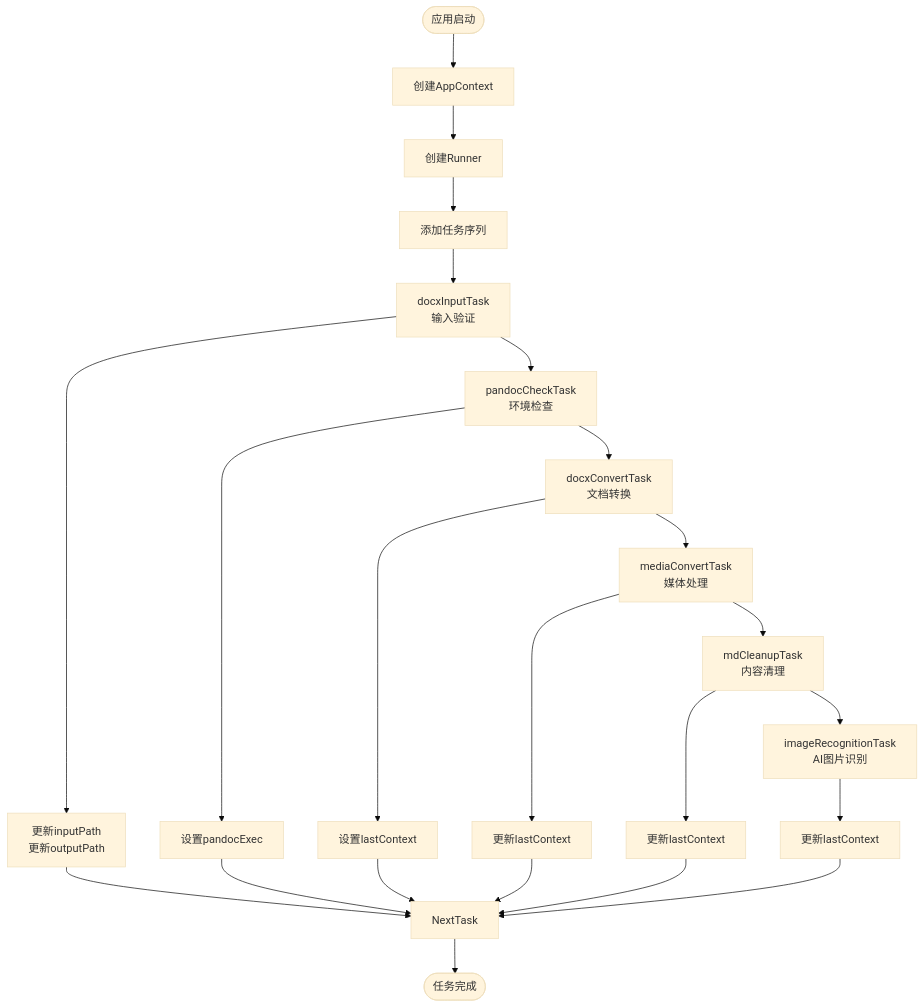
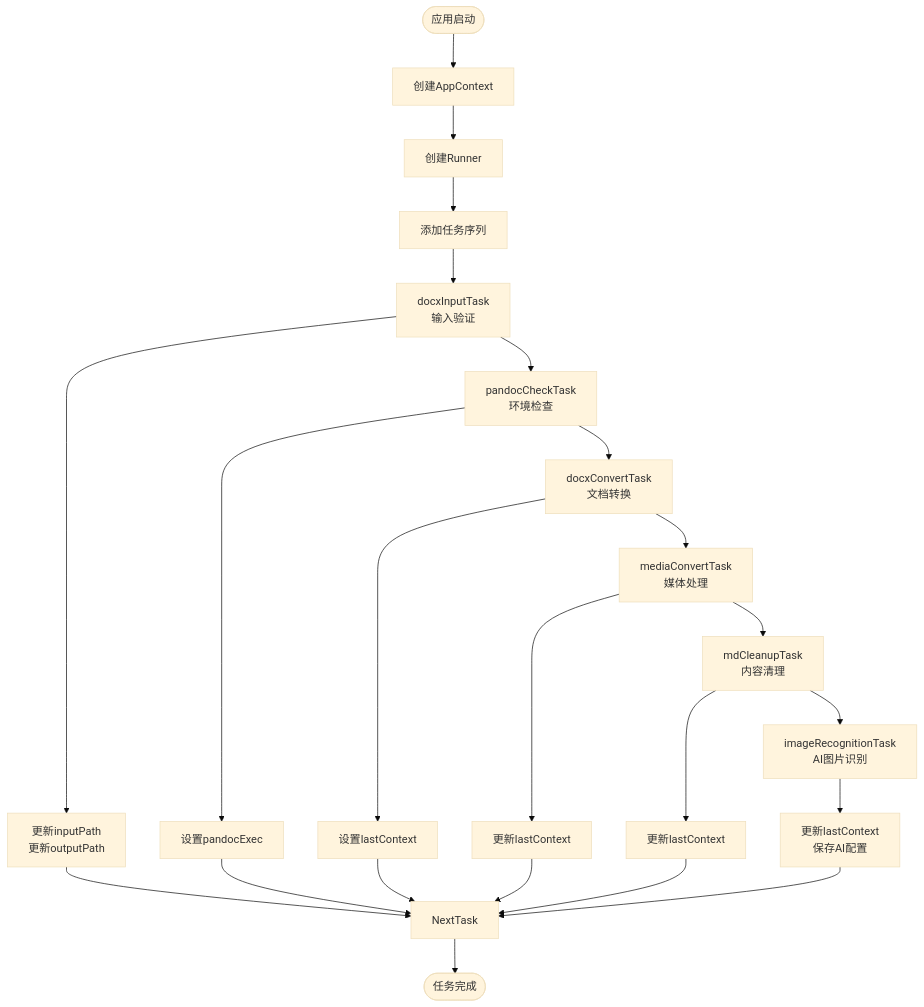
The third of 9 diagrams in .qoder/repowiki/zh/content/API 参考文档/核心接口定义.md (hllshiro/doc2md-cli), drawn with Mermaid (base theme) before and after one commit. The commit also changed other lines of this file and 4 other files, not shown here.

First line of the commit message:
feat(utils): 新增AI图片识别超时配置和控制功能

````diff
--- a/.qoder/repowiki/zh/content/API 参考文档/核心接口定义.md
+++ b/.qoder/repowiki/zh/content/API 参考文档/核心接口定义.md
@@ -150,25 +176,25 @@
 ```mermaid
 flowchart TD
 Start([应用启动]) --> CreateCtx[创建AppContext]
 CreateCtx --> CreateRunner[创建Runner]
 CreateRunner --> AddTasks[添加任务序列]
 AddTasks --> Task1[docxInputTask<br/>输入验证]
 Task1 --> Task2[pandocCheckTask<br/>环境检查]
 Task2 --> Task3[docxConvertTask<br/>文档转换]
 Task3 --> Task4[mediaConvertTask<br/>媒体处理]
 Task4 --> Task5[mdCleanupTask<br/>内容清理]
 Task5 --> Task6[imageRecognitionTask<br/>AI图片识别]
 Task1 --> UpdateCtx1[更新inputPath<br/>更新outputPath]
 Task2 --> UpdateCtx2[设置pandocExec]
 Task3 --> UpdateCtx3[设置lastContext]
 Task4 --> UpdateCtx4[更新lastContext]
 Task5 --> UpdateCtx5[更新lastContext]
-Task6 --> UpdateCtx6[更新lastContext]
+Task6 --> UpdateCtx6[更新lastContext<br/>保存AI配置]
 UpdateCtx1 --> NextTask
 UpdateCtx2 --> NextTask
 UpdateCtx3 --> NextTask
 UpdateCtx4 --> NextTask
 UpdateCtx5 --> NextTask
 UpdateCtx6 --> NextTask
 NextTask --> End([任务完成])
 ```
````
